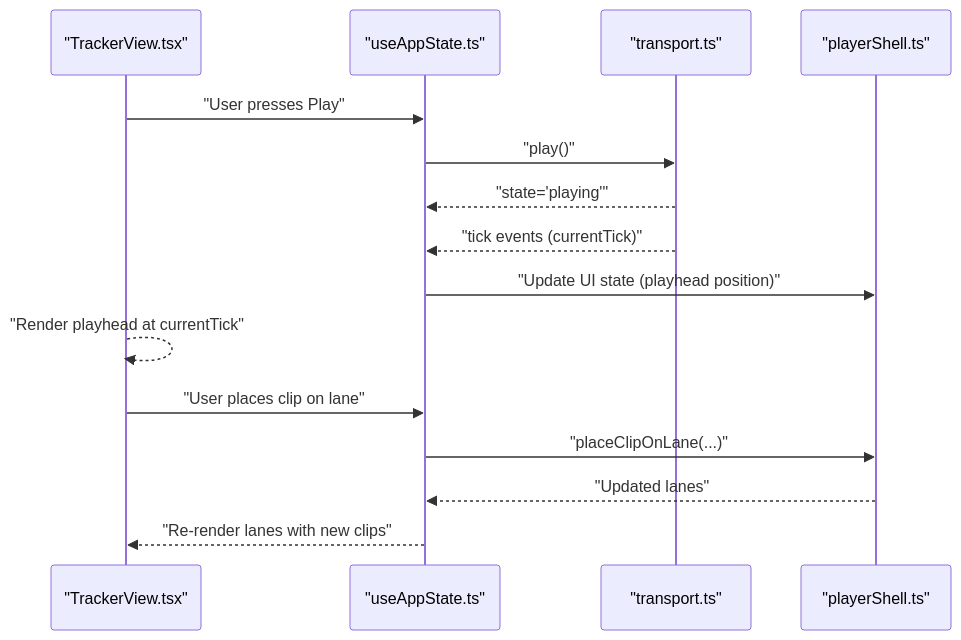
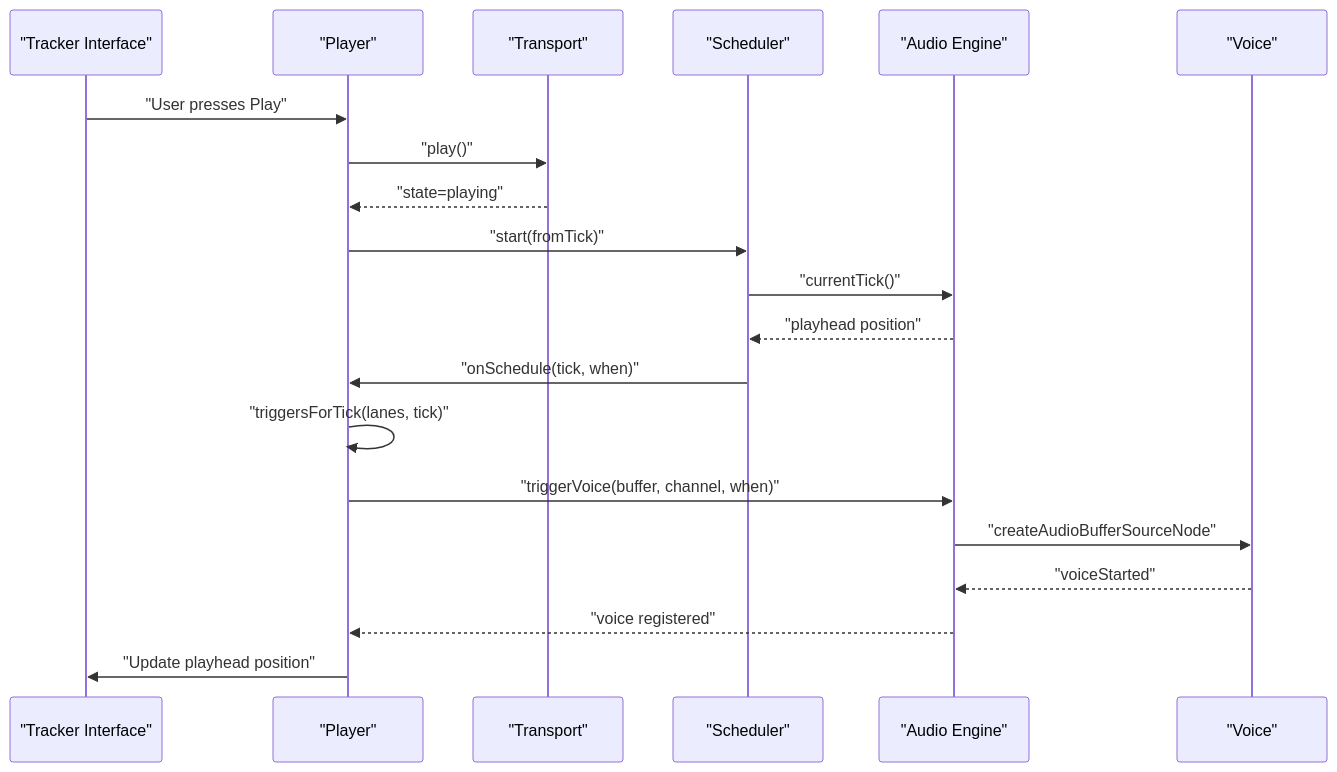
The second of 11 diagrams in .qoder/repowiki/en/content/Audio Engine/Audio Engine.md (satyrlord/mixjam-electron), drawn with Mermaid before and after one commit. The commit also changed other lines of this file and 104 other files, not shown here.

First line of the commit message:
fix(config): update markdownlint schema and cleanup ignored paths

````diff
--- a/.qoder/repowiki/en/content/Audio Engine/Audio Engine.md
+++ b/.qoder/repowiki/en/content/Audio Engine/Audio Engine.md
@@ -106,17 +165,22 @@
 ```mermaid
 sequenceDiagram
-participant UI as "TrackerView.tsx"
-participant Hook as "useAppState.ts"
-participant Trans as "transport.ts"
-participant Shell as "playerShell.ts"
-UI->>Hook : "User presses Play"
-Hook->>Trans : "play()"
-Trans-->>Hook : "state='playing'"
-Trans-->>Hook : "tick events (currentTick)"
-Hook->>Shell : "Update UI state (playhead position)"
-UI-->>UI : "Render playhead at currentTick"
-UI->>Hook : "User places clip on lane"
-Hook->>Shell : "placeClipOnLane(...)"
-Shell-->>Hook : "Updated lanes"
-Hook-->>UI : "Re-render lanes with new clips"
+participant UI as "Tracker Interface"
+participant Player as "Player"
+participant Transport as "Transport"
+participant Scheduler as "Scheduler"
+participant Engine as "Audio Engine"
+participant Voice as "Voice"
+UI->>Player : "User presses Play"
+Player->>Transport : "play()"
+Transport-->>Player : "state=playing"
+Player->>Scheduler : "start(fromTick)"
+Scheduler->>Engine : "currentTick()"
+Engine-->>Scheduler : "playhead position"
+Scheduler->>Player : "onSchedule(tick, when)"
+Player->>Player : "triggersForTick(lanes, tick)"
+Player->>Engine : "triggerVoice(buffer, channel, when)"
+Engine->>Voice : "createAudioBufferSourceNode"
+Voice-->>Engine : "voiceStarted"
+Engine-->>Player : "voice registered"
+Player->>UI : "Update playhead position"
 ```
````
